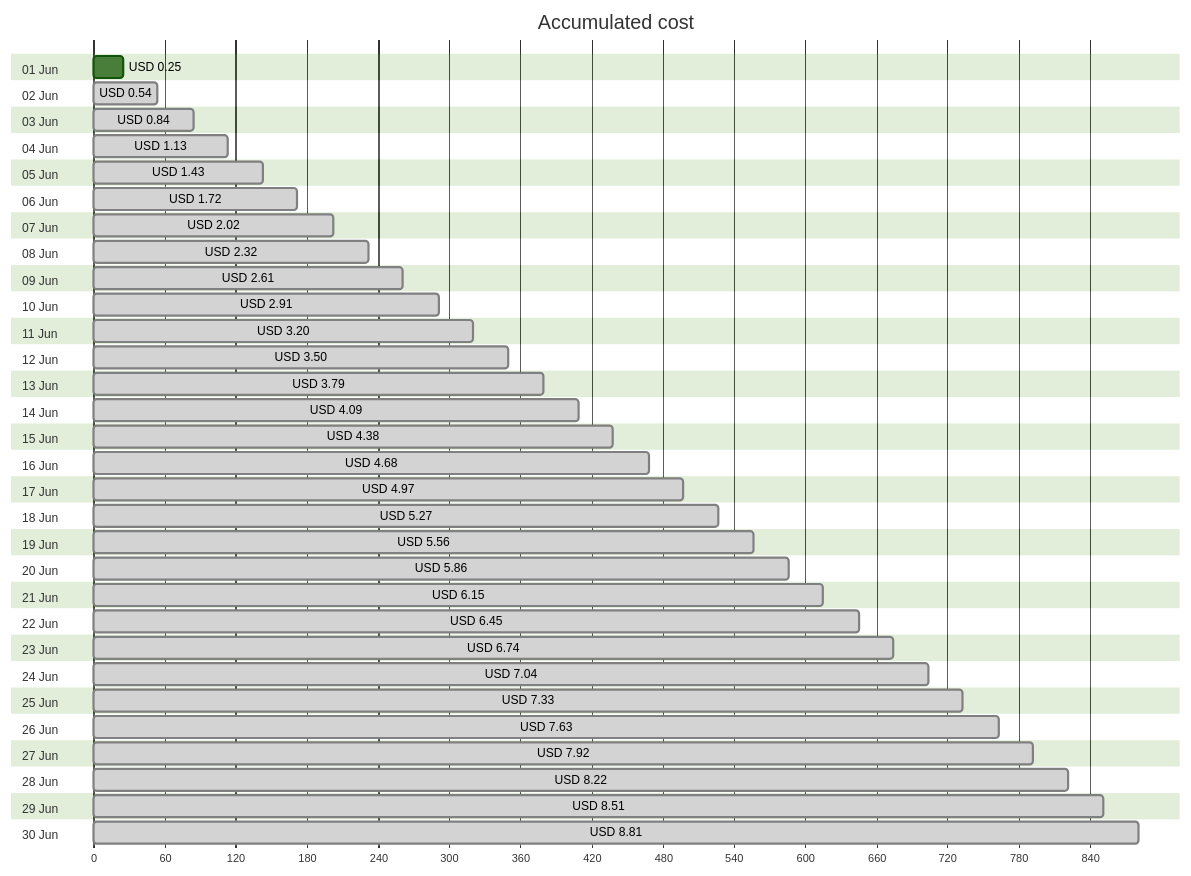
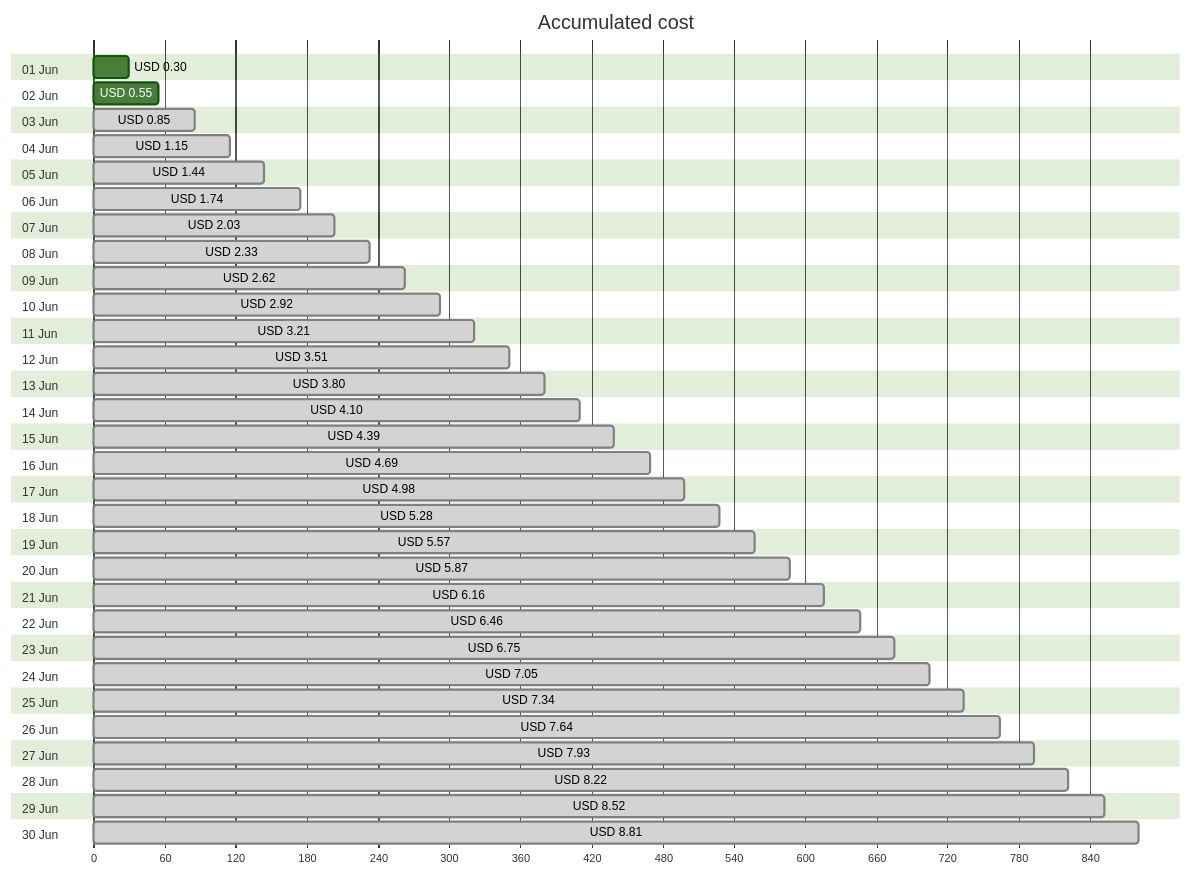
The first of 4 diagrams in cost-reports/personal-site/personal-site-preview.md (jpfulton/azure-personal-reports), drawn with Mermaid (forest theme) before and after one commit. The commit also changed other lines of this file and 6 other files, not shown here.

````diff
--- a/cost-reports/personal-site/personal-site-preview.md
+++ b/cost-reports/personal-site/personal-site-preview.md
@@ -20,66 +20,66 @@
 ```mermaid
 gantt
    title Accumulated cost
    dateFormat  X
    axisFormat %s
    section 01 Jun
-   USD 0.25 :0, 25
+   USD 0.30 :0, 30
    section 02 Jun
-   USD 0.54 : done, 0, 54
+   USD 0.55 :0, 55
    section 03 Jun
-   USD 0.84 : done, 0, 84
+   USD 0.85 : done, 0, 85
    section 04 Jun
-   USD 1.13 : done, 0, 113
+   USD 1.15 : done, 0, 115
    section 05 Jun
-   USD 1.43 : done, 0, 143
+   USD 1.44 : done, 0, 144
    section 06 Jun
-   USD 1.72 : done, 0, 172
+   USD 1.74 : done, 0, 174
    section 07 Jun
-   USD 2.02 : done, 0, 202
+   USD 2.03 : done, 0, 203
    section 08 Jun
-   USD 2.32 : done, 0, 232
+   USD 2.33 : done, 0, 233
    section 09 Jun
-   USD 2.61 : done, 0, 261
+   USD 2.62 : done, 0, 262
    section 10 Jun
-   USD 2.91 : done, 0, 291
+   USD 2.92 : done, 0, 292
    section 11 Jun
-   USD 3.20 : done, 0, 320
+   USD 3.21 : done, 0, 321
    section 12 Jun
-   USD 3.50 : done, 0, 350
+   USD 3.51 : done, 0, 351
    section 13 Jun
-   USD 3.79 : done, 0, 379
+   USD 3.80 : done, 0, 380
    section 14 Jun
-   USD 4.09 : done, 0, 409
+   USD 4.10 : done, 0, 410
    section 15 Jun
-   USD 4.38 : done, 0, 438
+   USD 4.39 : done, 0, 439
    section 16 Jun
-   USD 4.68 : done, 0, 468
+   USD 4.69 : done, 0, 469
    section 17 Jun
-   USD 4.97 : done, 0, 497
+   USD 4.98 : done, 0, 498
    section 18 Jun
-   USD 5.27 : done, 0, 527
+   USD 5.28 : done, 0, 528
    section 19 Jun
-   USD 5.56 : done, 0, 556
+   USD 5.57 : done, 0, 557
    section 20 Jun
-   USD 5.86 : done, 0, 586
+   USD 5.87 : done, 0, 587
    section 21 Jun
-   USD 6.15 : done, 0, 615
+   USD 6.16 : done, 0, 616
    section 22 Jun
-   USD 6.45 : done, 0, 645
+   USD 6.46 : done, 0, 646
    section 23 Jun
-   USD 6.74 : done, 0, 674
+   USD 6.75 : done, 0, 675
    section 24 Jun
-   USD 7.04 : done, 0, 704
+   USD 7.05 : done, 0, 705
    section 25 Jun
-   USD 7.33 : done, 0, 733
+   USD 7.34 : done, 0, 734
    section 26 Jun
-   USD 7.63 : done, 0, 763
+   USD 7.64 : done, 0, 764
    section 27 Jun
-   USD 7.92 : done, 0, 792
+   USD 7.93 : done, 0, 793
    section 28 Jun
    USD 8.22 : done, 0, 822
    section 29 Jun
-   USD 8.51 : done, 0, 851
+   USD 8.52 : done, 0, 852
    section 30 Jun
    USD 8.81 : done, 0, 881
 ```
````
